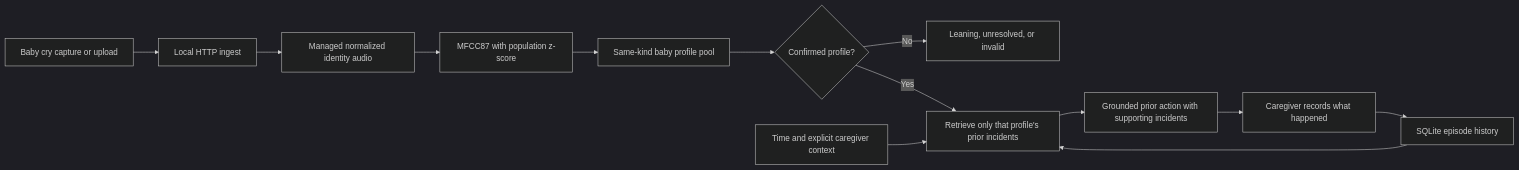
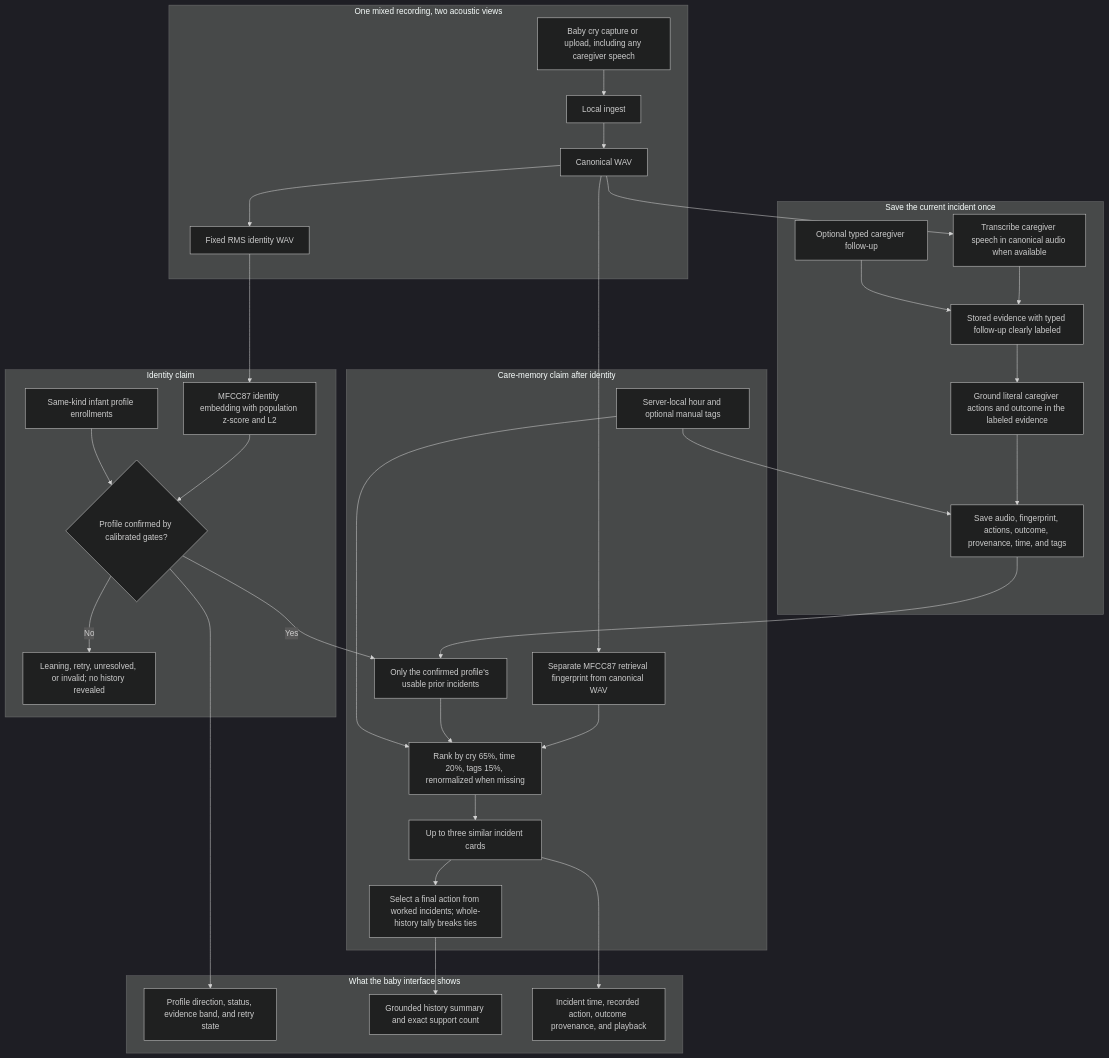
The second of 2 diagrams in README.md (Prasshanna-S/soothetrace), drawn with Mermaid (dark theme) before and after one commit. The commit also changed other lines of this file and 57 other files, not shown here.

````diff
--- a/README.md
+++ b/README.md
@@ -348,15 +604,53 @@
 ```mermaid
-flowchart LR
-    B["Baby cry capture or upload"] --> H["Local HTTP ingest"]
-    H --> I["Managed normalized identity audio"]
-    I --> M["MFCC87 with population z-score"]
-    M --> P["Same-kind baby profile pool"]
-    P --> G{"Confirmed profile?"}
-    G -->|"No"| A["Leaning, unresolved, or invalid"]
-    G -->|"Yes"| R["Retrieve only that profile's prior incidents"]
-    C["Time and explicit caregiver context"] --> R
-    R --> D["Grounded prior action with supporting incidents"]
-    D --> O["Caregiver records what happened"]
-    O --> S["SQLite episode history"]
-    S --> R
+flowchart TB
+    subgraph Ingest["One mixed recording, two acoustic views"]
+        B["Baby cry capture or upload, including any caregiver speech"]
+        H["Local ingest"]
+        C["Canonical WAV"]
+        N["Fixed RMS identity WAV"]
+        B --> H --> C --> N
+    end
+
+    subgraph Identity["Identity claim"]
+        M["MFCC87 identity embedding with population z-score and L2"]
+        P["Same-kind infant profile enrollments"]
+        G{"Profile confirmed by calibrated gates?"}
+        N --> M --> G
+        P --> G
+        G -->|"No"| A["Leaning, retry, unresolved, or invalid; no history revealed"]
+    end
+
+    subgraph Memory["Care-memory claim after identity"]
+        F["Separate MFCC87 retrieval fingerprint from canonical WAV"]
+        PH["Only the confirmed profile's usable prior incidents"]
+        CTX["Server-local hour and optional manual tags"]
+        R["Rank by cry 65%, time 20%, tags 15%, renormalized when missing"]
+        TOP["Up to three similar incident cards"]
+        SEL["Select a final action from worked incidents; whole-history tally breaks ties"]
+        C --> F --> R
+        G -->|"Yes"| PH --> R
+        CTX --> R --> TOP --> SEL
+    end
+
+    subgraph Completion["Save the current incident once"]
+        TR["Transcribe caregiver speech in canonical audio when available"]
+        TA["Optional typed caregiver follow-up"]
+        EV["Stored evidence with typed follow-up clearly labeled"]
+        IV["Ground literal caregiver actions and outcome in the labeled evidence"]
+        SAVE["Save audio, fingerprint, actions, outcome, provenance, time, and tags"]
+        C --> TR --> EV
+        TA --> EV --> IV --> SAVE
+        CTX --> SAVE
+        SAVE --> PH
+    end
+
+    subgraph UI["What the baby interface shows"]
+        U1["Profile direction, status, evidence band, and retry state"]
+        U2["Grounded history summary and exact support count"]
+        U3["Incident time, recorded action, outcome provenance, and playback"]
+    end
+
+    G --> U1
+    SEL --> U2
+    TOP --> U3
 ```
````
